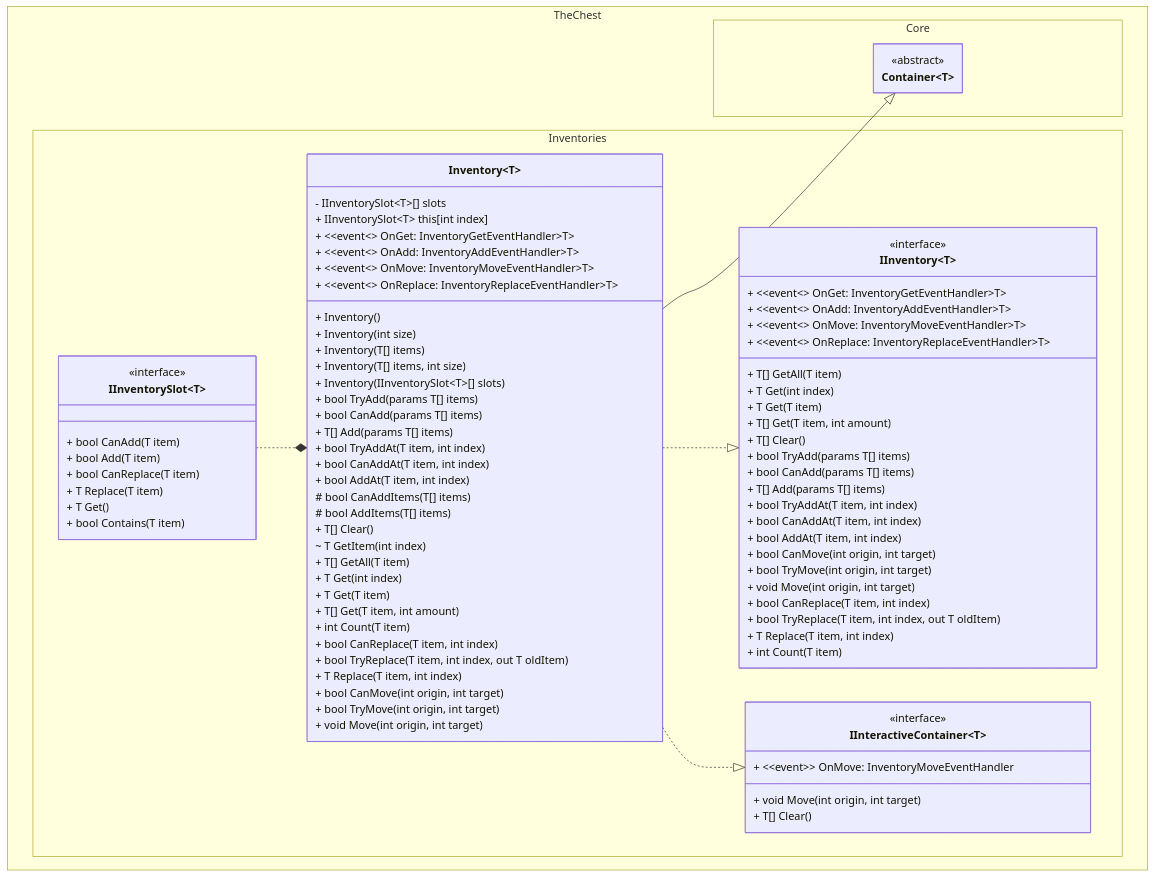
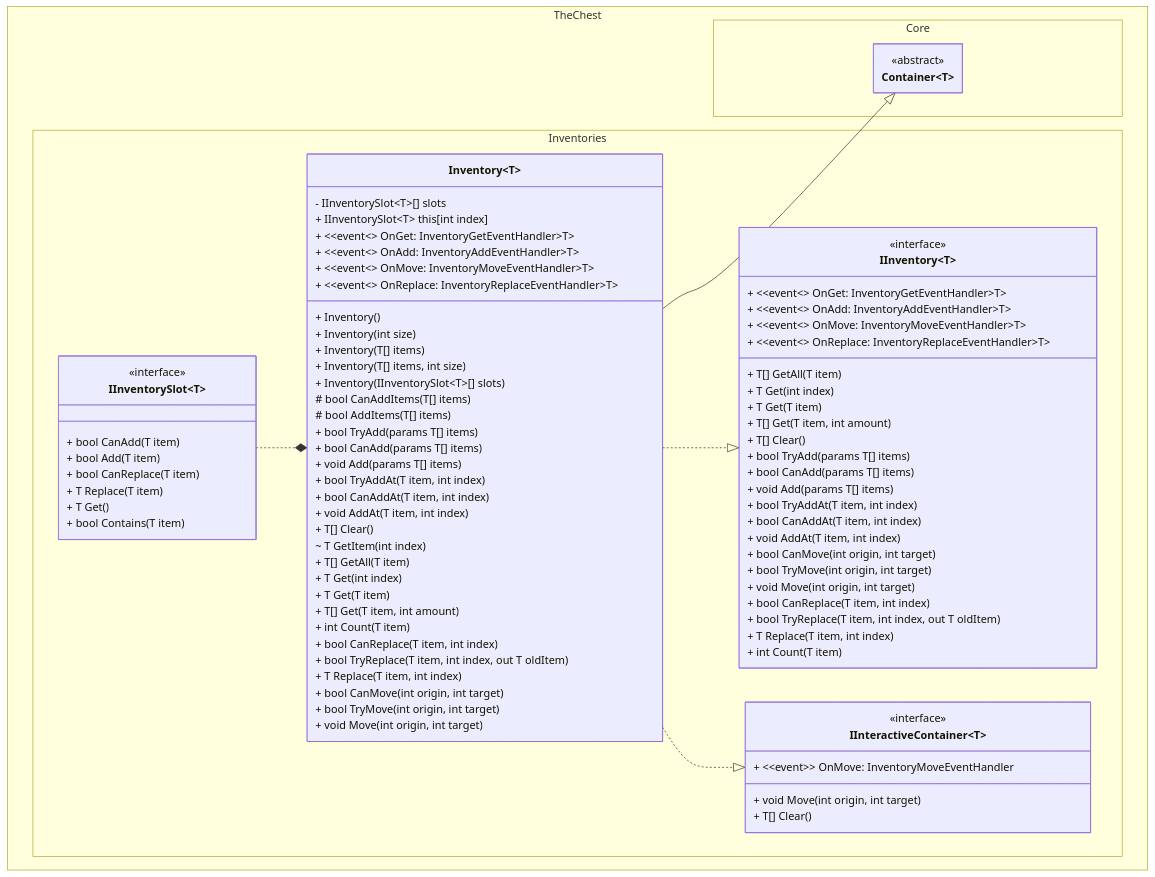
The first of 2 diagrams in docs/inventory/class_diagram.md (The-Chest/TheChest.Inventories), drawn with Mermaid before and after one commit. The commit also changed 17 other files, not shown here.

```diff
--- a/docs/inventory/class_diagram.md
+++ b/docs/inventory/class_diagram.md
@@ -31,11 +31,11 @@
 
 			+ bool TryAdd(params T[] items)
 	        + bool CanAdd(params T[] items)
-	        + T[] Add(params T[] items)
+	        + void Add(params T[] items)
 
 			+ bool TryAddAt(T item, int index)
 	        + bool CanAddAt(T item, int index)
-	        + bool AddAt(T item, int index)
+	        + void AddAt(T item, int index)
 
 	        + bool CanMove(int origin, int target)
 	        + bool TryMove(int origin, int target)
@@ -71,17 +71,16 @@
 			+ Inventory(T[] items)
 			+ Inventory(T[] items, int size)
 			+ Inventory(IInventorySlot~T~[] slots)
-
+			
+            # bool CanAddItems(T[] items)
+			# bool AddItems(T[] items)
 			+ bool TryAdd(params T[] items)
 	        + bool CanAdd(params T[] items)
-	        + T[] Add(params T[] items)
+	        + void Add(params T[] items)
 
 			+ bool TryAddAt(T item, int index)
 	        + bool CanAddAt(T item, int index)
-	        + bool AddAt(T item, int index)
-
-            # bool CanAddItems(T[] items)
-			# bool AddItems(T[] items)
+	        + void AddAt(T item, int index)
 
 	        + T[] Clear()
 
```
